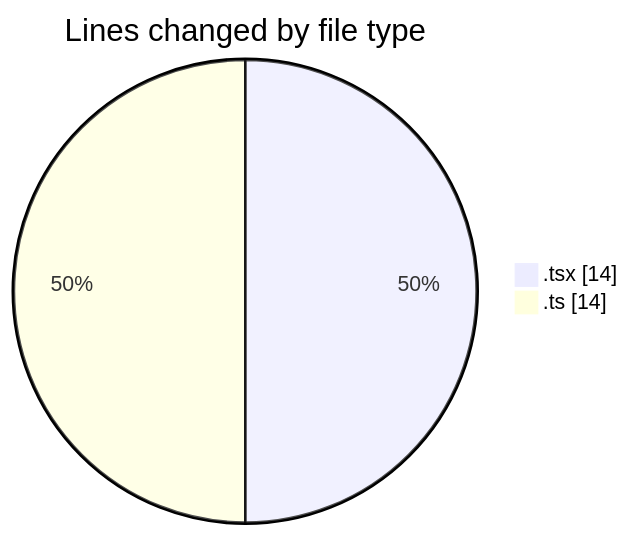
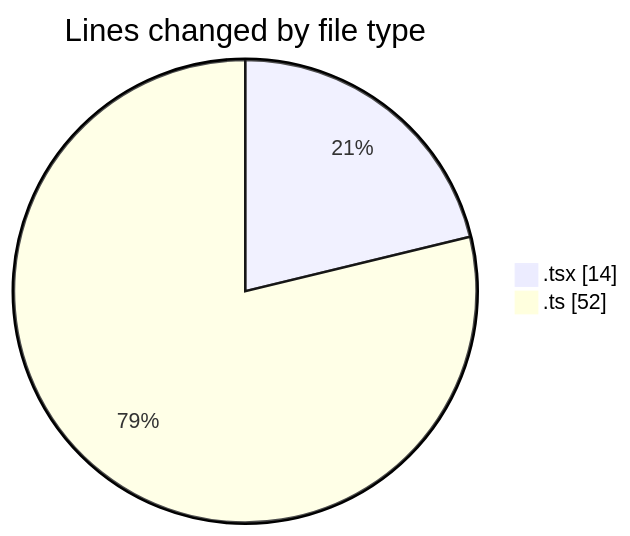
The first of 2 diagrams in 2025-10-07/cda/README.md (momahboobian/code-tracking), drawn with Mermaid before and after one commit. The commit also changed other lines of this file and 1 other file, not shown here.

````diff
--- a/2025-10-07/cda/README.md
+++ b/2025-10-07/cda/README.md
@@ -21,6 +21,6 @@
 ```mermaid
 pie showData
 title Lines changed by file type
 ".tsx" : 14
-".ts" : 14
+".ts" : 52
 ```
````
